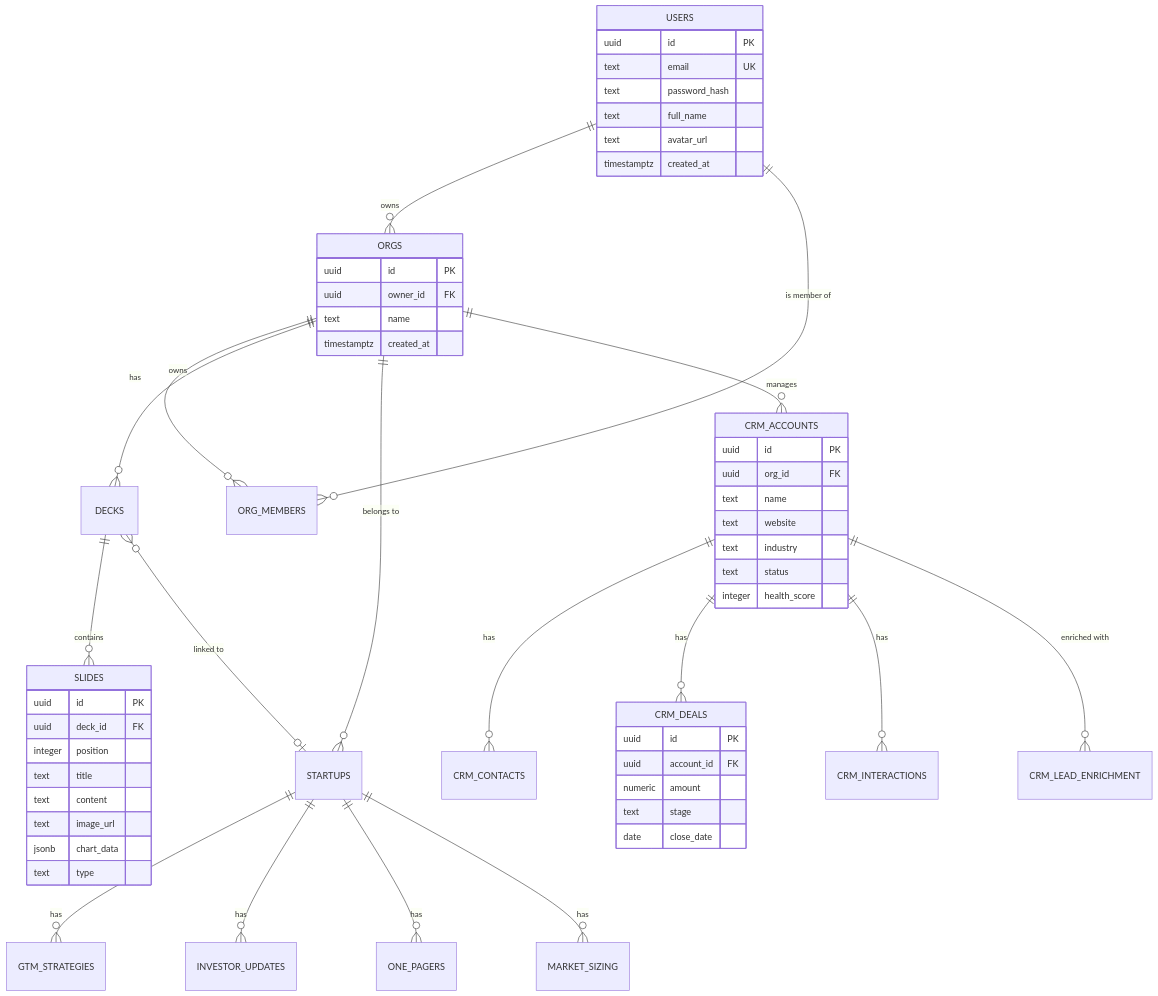
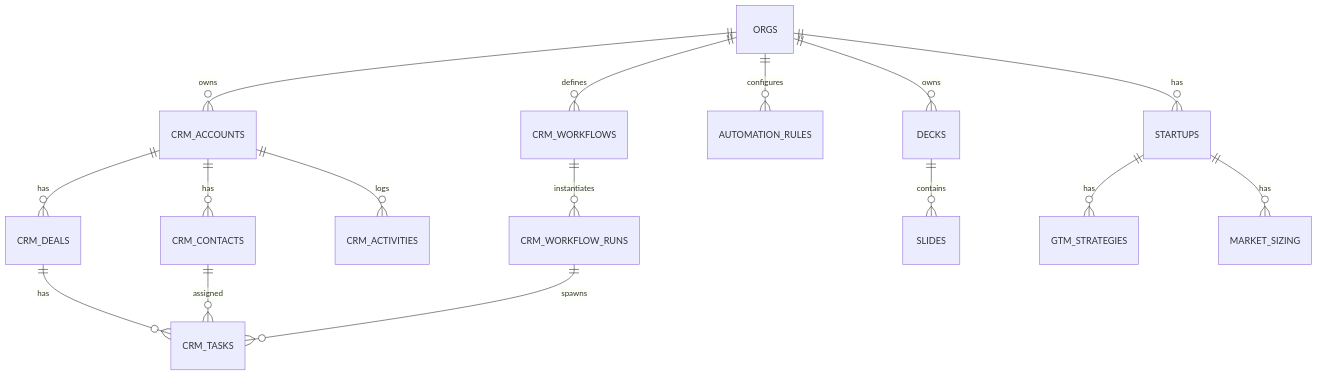
Before and after one commit to amo-tech-ai/sun100: the fifth of 5 diagrams in prd.md, drawn with Mermaid. The commit also changed other lines of this file, not shown here.

First line of the commit message:
docs: Restructure PRD v2.0 - Add CRM, Tasks, Workflows, Document Suite

````diff
--- a/prd.md
+++ b/prd.md
@@ -882,67 +505,22 @@
 ```mermaid
 erDiagram
-    USERS ||--o{ ORGS : "owns"
-    USERS ||--o{ ORG_MEMBERS : "is member of"
-    ORGS ||--o{ ORG_MEMBERS : "has"
-    ORGS ||--o{ DECKS : "owns"
-    ORGS ||--o{ STARTUPS : "belongs to"
+    ORGS ||--o{ CRM_ACCOUNTS : owns
+    ORGS ||--o{ CRM_WORKFLOWS : defines
+    ORGS ||--o{ AUTOMATION_RULES : configures
+    ORGS ||--o{ DECKS : owns
+    ORGS ||--o{ STARTUPS : has
     
-    USERS {
-        uuid id PK
-        text email UK
-        text password_hash
-        text full_name
-        text avatar_url
-        timestamptz created_at
-    }
+    CRM_ACCOUNTS ||--o{ CRM_CONTACTS : has
+    CRM_ACCOUNTS ||--o{ CRM_DEALS : has
+    CRM_ACCOUNTS ||--o{ CRM_ACTIVITIES : logs
     
-    ORGS {
-        uuid id PK
-        uuid owner_id FK
-        text name
-        timestamptz created_at
-    }
+    CRM_DEALS ||--o{ CRM_TASKS : has
+    CRM_CONTACTS ||--o{ CRM_TASKS : assigned
     
-    ORGS ||--o{ CRM_ACCOUNTS : "manages"
-    CRM_ACCOUNTS ||--o{ CRM_CONTACTS : "has"
-    CRM_ACCOUNTS ||--o{ CRM_DEALS : "has"
-    CRM_ACCOUNTS ||--o{ CRM_INTERACTIONS : "has"
-    CRM_ACCOUNTS ||--o{ CRM_LEAD_ENRICHMENT : "enriched with"
+    CRM_WORKFLOWS ||--o{ CRM_WORKFLOW_RUNS : instantiates
+    CRM_WORKFLOW_RUNS ||--o{ CRM_TASKS : spawns
     
-    DECKS ||--o{ SLIDES : "contains"
-    DECKS }o--o| STARTUPS : "linked to"
-    
-    SLIDES {
-        uuid id PK
-        uuid deck_id FK
-        integer position
-        text title
-        text content
-        text image_url
-        jsonb chart_data
-        text type
-    }
-    
-    STARTUPS ||--o{ GTM_STRATEGIES : "has"
-    STARTUPS ||--o{ INVESTOR_UPDATES : "has"
-    STARTUPS ||--o{ ONE_PAGERS : "has"
-    STARTUPS ||--o{ MARKET_SIZING : "has"
-    
-    CRM_ACCOUNTS {
-        uuid id PK
-        uuid org_id FK
-        text name
-        text website
-        text industry
-        text status
-        integer health_score
-    }
-    
-    CRM_DEALS {
-        uuid id PK
-        uuid account_id FK
-        numeric amount
-        text stage
-        date close_date
-    }
+    DECKS ||--o{ SLIDES : contains
+    STARTUPS ||--o{ GTM_STRATEGIES : has
+    STARTUPS ||--o{ MARKET_SIZING : has
 ```
````
